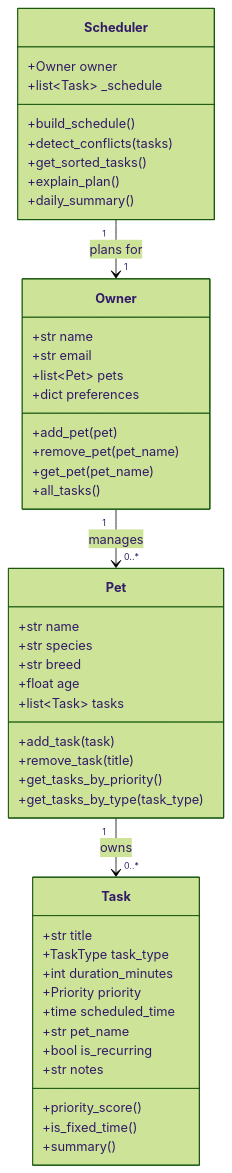
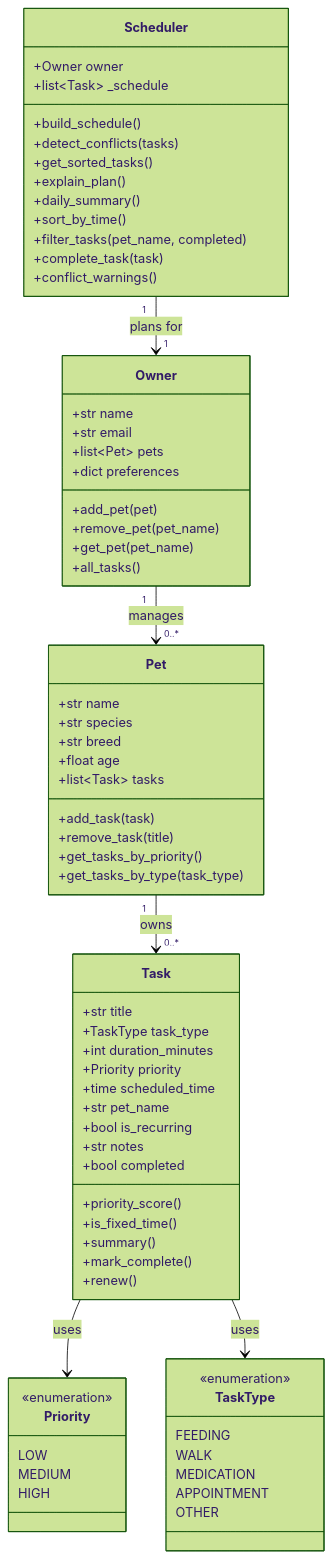
The diagram in reflection.md (josephwu-tw/ai110-module2show-pawpal-starter), drawn with Mermaid (forest theme) before and after one commit. The commit also changed other lines of this file and 3 other files, not shown here.

````diff
--- a/reflection.md
+++ b/reflection.md
@@ -26,53 +26,78 @@
 ```mermaid
 classDiagram
     class Owner {
         +str name
         +str email
         +list~Pet~ pets
         +dict preferences
         +add_pet(pet)
         +remove_pet(pet_name)
         +get_pet(pet_name)
         +all_tasks()
     }
 
     class Pet {
         +str name
         +str species
         +str breed
         +float age
         +list~Task~ tasks
         +add_task(task)
         +remove_task(title)
         +get_tasks_by_priority()
         +get_tasks_by_type(task_type)
     }
 
     class Task {
         +str title
         +TaskType task_type
         +int duration_minutes
         +Priority priority
         +time scheduled_time
         +str pet_name
         +bool is_recurring
         +str notes
+        +bool completed
         +priority_score()
         +is_fixed_time()
         +summary()
+        +mark_complete()
+        +renew()
     }
 
     class Scheduler {
         +Owner owner
         +list~Task~ _schedule
         +build_schedule()
         +detect_conflicts(tasks)
         +get_sorted_tasks()
         +explain_plan()
         +daily_summary()
+        +sort_by_time()
+        +filter_tasks(pet_name, completed)
+        +complete_task(task)
+        +conflict_warnings()
+    }
+
+    class Priority {
+        <<enumeration>>
+        LOW
+        MEDIUM
+        HIGH
+    }
+
+    class TaskType {
+        <<enumeration>>
+        FEEDING
+        WALK
+        MEDICATION
+        APPOINTMENT
+        OTHER
     }
 
     Owner "1" --> "0..*" Pet : manages
     Pet "1" --> "0..*" Task : owns
     Scheduler "1" --> "1" Owner : plans for
+    Task --> Priority : uses
+    Task --> TaskType : uses
 ```
````
